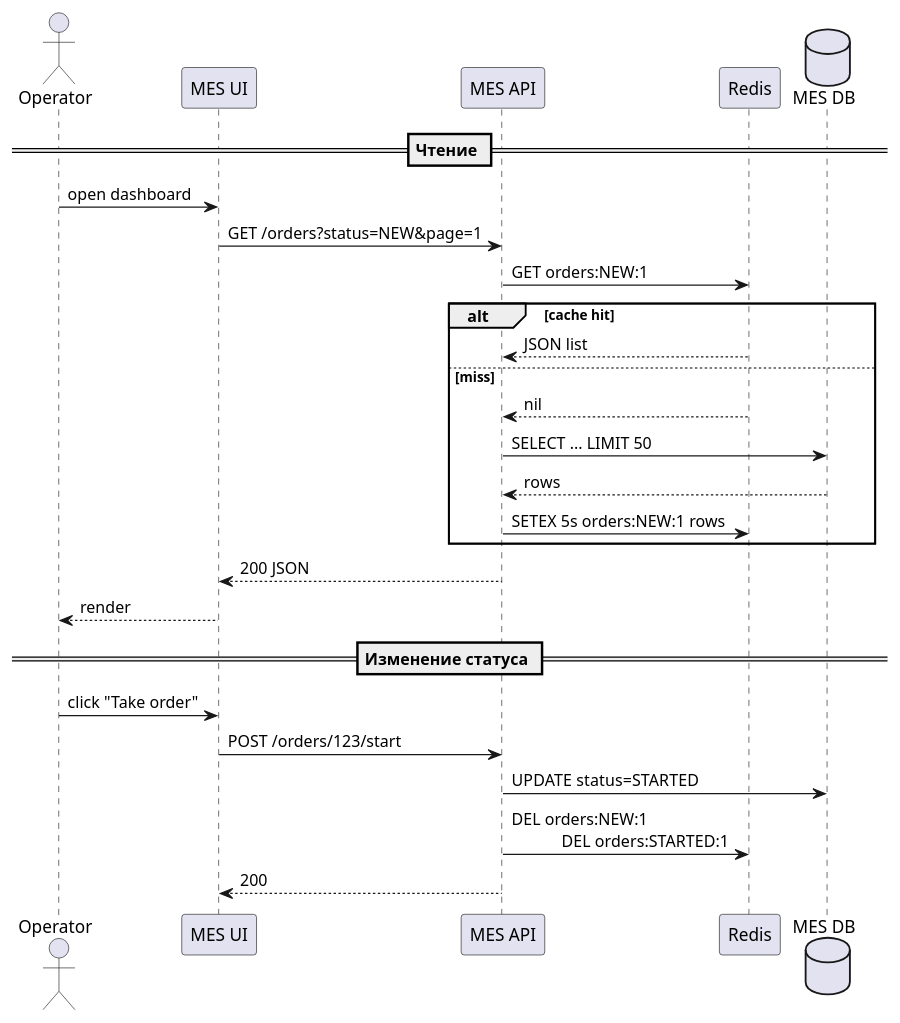
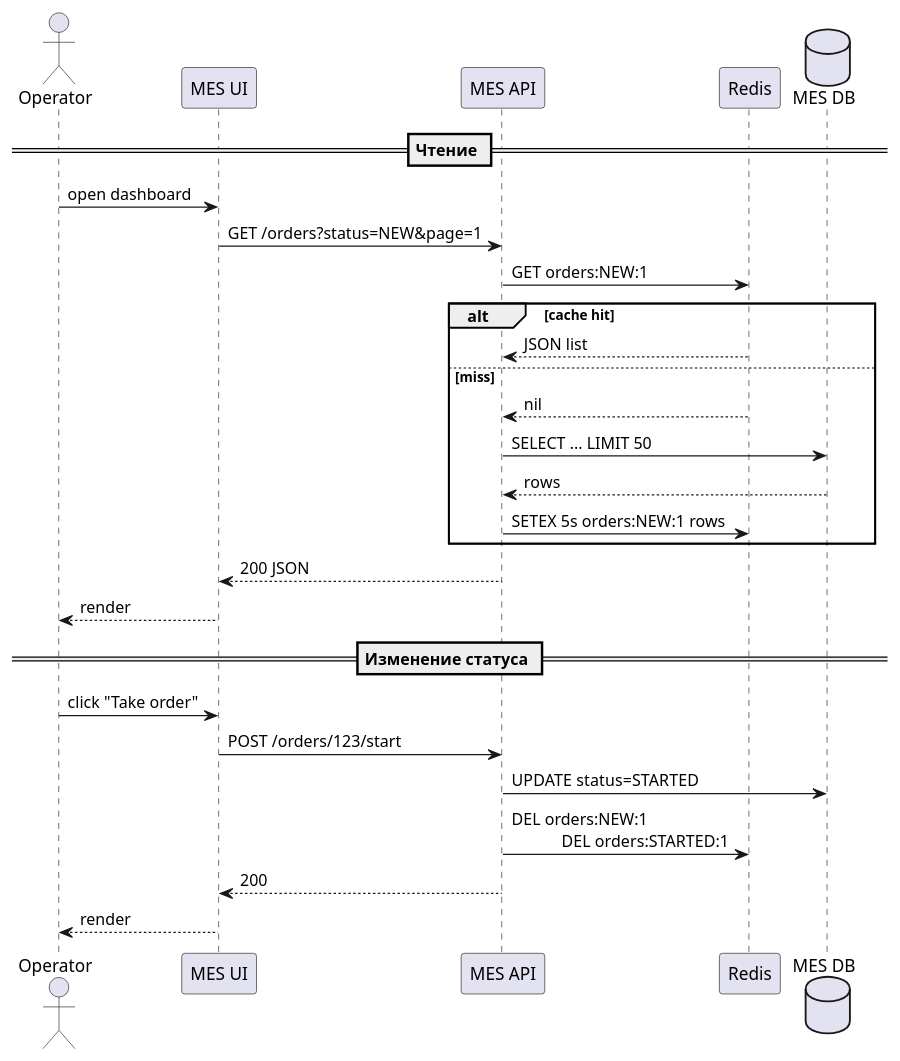
The diagram in Task5/Архитектурное решение по кешированию.md (PavelNedviga/architecture-alexandrite), drawn with PlantUML before and after one commit. The commit also changed other lines of this file, not shown here.

````diff
--- a/Task5/Архитектурное решение по кешированию.md
+++ b/Task5/Архитектурное решение по кешированию.md
@@ -45,29 +45,30 @@
 ```plantuml
 @startuml
 actor Operator
 participant "MES UI" as UI
 participant "MES API" as API
 participant Redis
 database "MES DB" as DB
 == Чтение ==
 Operator -> UI : open dashboard
 UI -> API : GET /orders?status=NEW&page=1
 API -> Redis : GET orders:NEW:1
 alt cache hit
     Redis --> API : JSON list
 else miss
     Redis --> API : nil
     API -> DB : SELECT ... LIMIT 50
     DB --> API : rows
     API -> Redis : SETEX 5s orders:NEW:1 rows
 end
 API --> UI : 200 JSON
 UI --> Operator : render
 == Изменение статуса ==
 Operator -> UI : click "Take order"
 UI -> API : POST /orders/123/start
 API -> DB : UPDATE status=STARTED
 API -> Redis : DEL orders:NEW:1\n            DEL orders:STARTED:1
 API --> UI : 200
+UI --> Operator : render
 @enduml
 ```
````
